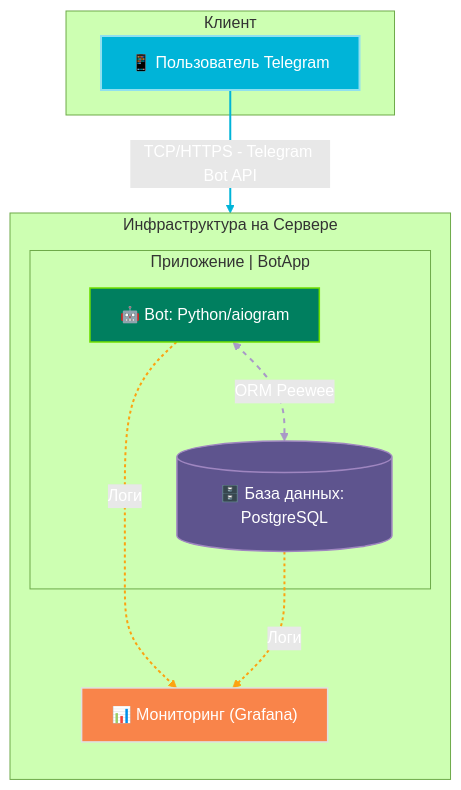
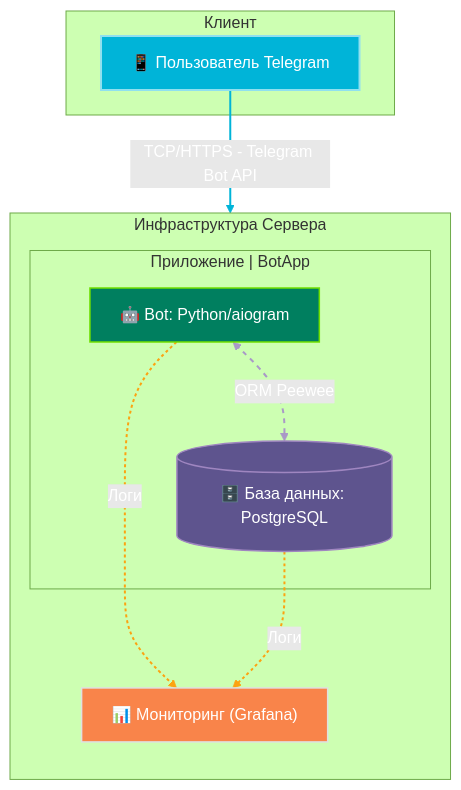
One commit to mak1ntosh1/RealEstateBot changed the first of 4 diagrams in README.md. Above: the diagram before and after it, drawn with Mermaid (forest theme). The commit also changed other lines of this file and 6 other files, not shown here.

````diff
--- a/README.md
+++ b/README.md
@@ -36,43 +36,43 @@
 ```mermaid
 graph TD
     %% === 1. Определения стилей для тёмной темы ===
     classDef userStyle fill:#00b4d8,stroke:#90e0ef,stroke-width:2px,color:#fff
     classDef appStyle fill:#007f5f,stroke:#70e000,stroke-width:1.5px,color:#fff
     classDef dbStyle fill:#5e548e,stroke:#9f86c0,stroke-width:1.5px,color:#fff
     classDef grafanaStyle fill:#f9844a,stroke:#e0e0e0,stroke-width:1.5px,color:#fff
 
     %% === 2. Структура блоков ===
     subgraph "Клиент"
         U["📱 Пользователь Telegram"]
     end
 
-    subgraph "Инфраструктура на Сервере"
+    subgraph "Инфраструктура Сервера"
         direction TB
         
         subgraph "Приложение | BotApp"
             BA["🤖 Bot: Python/aiogram"]
             DB[("🗄️ База данных: PostgreSQL")]
         end
 
         G["📊 Мониторинг (Grafana)"]
     end
 
     %% === 3. Потоки данных и связи ===
     U -- "TCP/HTTPS - Telegram Bot API" --> BA
     BA <-->|ORM Peewee| DB
     
     %% Показываем, что оба компонента являются источниками данных для мониторинга
     BA -.-> |"Логи"| G
     DB -.-> |"Логи"| G
 
     %% === 4. Применение стилей к узлам ===
     class U userStyle
     class BA appStyle
     class DB dbStyle
     class G grafanaStyle
 
     %% === 5. Стилизация связей ===
     linkStyle 0 stroke:#00b4d8,stroke-width:2px,color:#fff
     linkStyle 1 stroke:#a999c7,stroke-width:2px,stroke-dasharray:5 5,color:#fff
     linkStyle 2,3 stroke:#fca311,stroke-width:2px,stroke-dasharray:3 3,color:#fff
 ```
````
